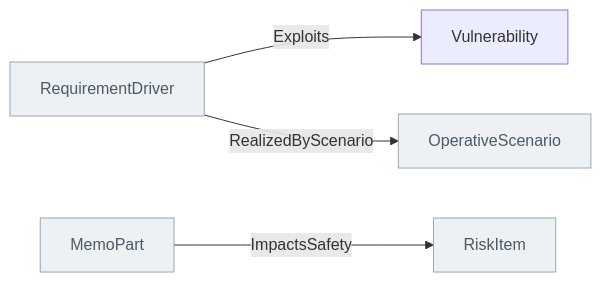
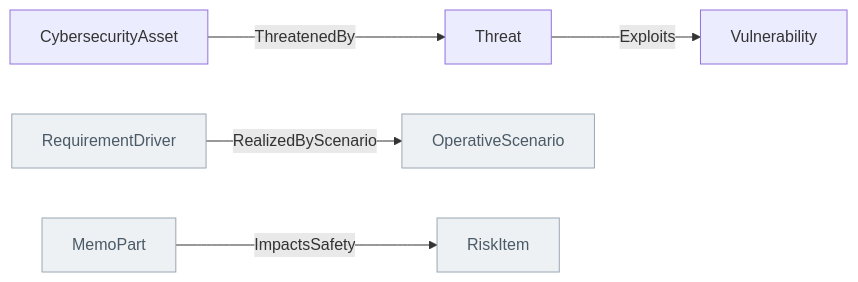
Before and after one commit to memoarchitect/memo: the diagram in docs/ontology/_generated/cybersecurity.md, drawn with Mermaid. The commit also changed other lines of this file and 11 other files, not shown here.

````diff
--- a/docs/ontology/_generated/cybersecurity.md
+++ b/docs/ontology/_generated/cybersecurity.md
@@ -24,12 +24,15 @@
 ```mermaid
 flowchart LR
+  CybersecurityAsset["CybersecurityAsset"]
+  Threat["Threat"]
+  Vulnerability["Vulnerability"]
   RequirementDriver["RequirementDriver"]:::other
-  Vulnerability["Vulnerability"]
   OperativeScenario["OperativeScenario"]:::other
   MemoPart["MemoPart"]:::other
   RiskItem["RiskItem"]:::other
-  RequirementDriver -->|Exploits| Vulnerability
+  CybersecurityAsset -->|ThreatenedBy| Threat
+  Threat -->|Exploits| Vulnerability
   RequirementDriver -->|RealizedByScenario| OperativeScenario
   MemoPart -->|ImpactsSafety| RiskItem
   classDef other fill:#eef1f4,stroke:#9aa7b2,color:#4a5a66
 ```
````
